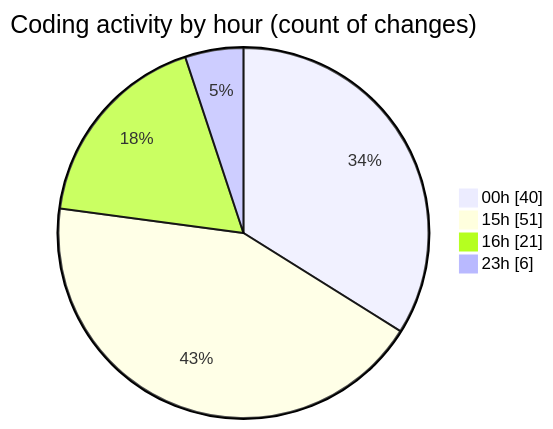
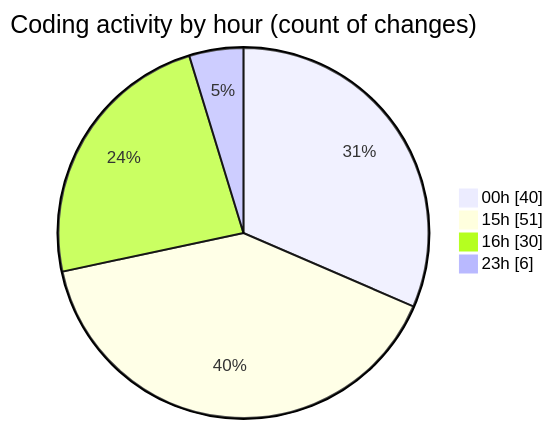
The second of 2 diagrams in 2025-05-03/date/README.md (Netris89/code-tracking), drawn with Mermaid before and after one commit. The commit also changed other lines of this file and 1 other file, not shown here.

````diff
--- a/2025-05-03/date/README.md
+++ b/2025-05-03/date/README.md
@@ -39,8 +39,8 @@
 ```mermaid
 pie showData
 title Coding activity by hour (count of changes)
 "00h" : 40
 "15h" : 51
-"16h" : 21
+"16h" : 30
 "23h" : 6
 ```
````
